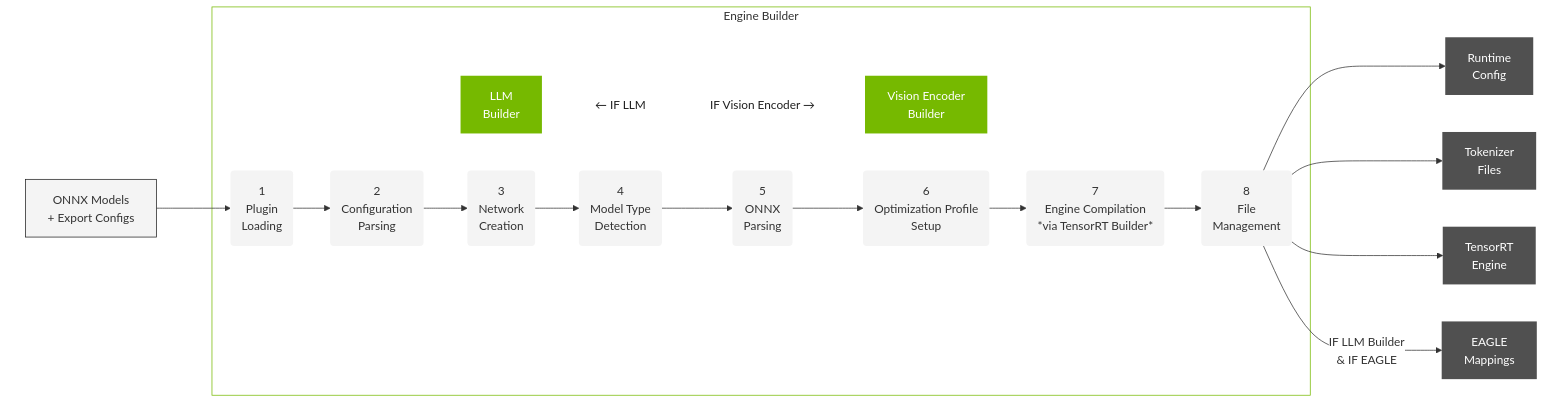
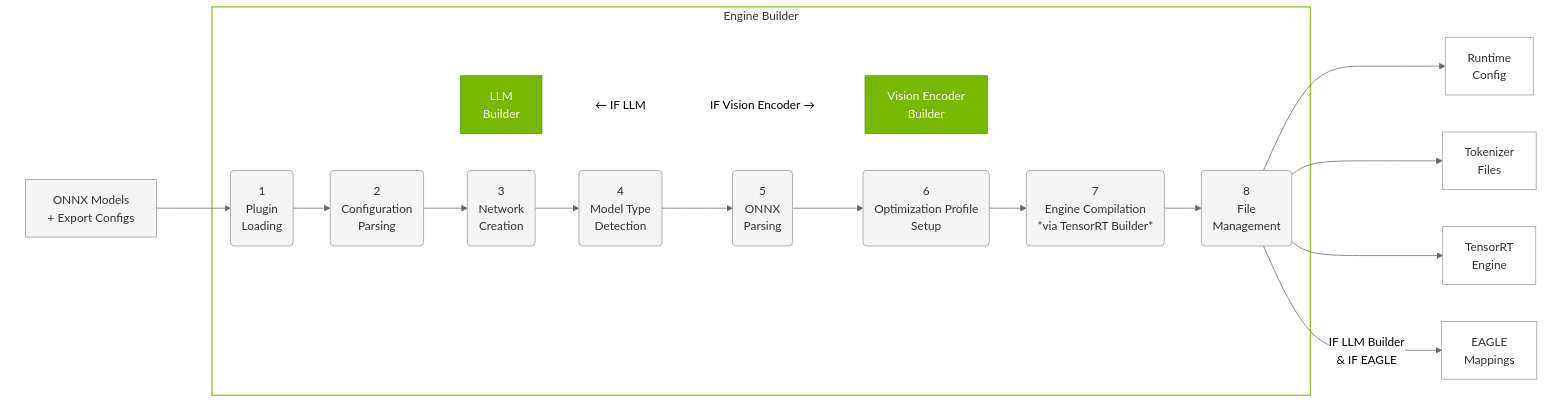
The second of 2 diagrams in docs/source/developer_guide/03.2_Engine_Builder.md (ConstBob/TensorRT-Edge-LLM), drawn with Mermaid before and after one commit. The commit also changed other lines of this file and 20 other files, not shown here.

````diff
--- a/docs/source/developer_guide/03.2_Engine_Builder.md
+++ b/docs/source/developer_guide/03.2_Engine_Builder.md
@@ -89,80 +69,80 @@
 ```mermaid
-%%{init: {'themeVariables': {'edgeLabelBackground': 'white'}}}%%
+%%{init: {'theme':'neutral', 'themeVariables': {'primaryColor':'#76B900','primaryTextColor':'#fff','primaryBorderColor':'#5a8f00','lineColor':'#666','edgeLabelBackground':'#ffffff','labelTextColor':'#000','clusterBkg':'#ffffff','clusterBorder':'#999'}}}%%
 graph LR
     subgraph INPUT_STAGE [" "]
       INPUT_SPACER_LEFT
       ONNX_INPUT[ONNX Models<br>+ Export Configs]
     end
     
     subgraph ENGINE_BUILDER ["Engine Builder"]
         BUILDER_SPACER_1
         BUILDER_SPACER_2
         LLM_BUILDER[LLM<br>Builder]
         TEXT_LLM("← IF LLM")
         TEXT_VISUAL("IF Vision Encoder →")
         VISION_BUILDER[Vision Encoder<br>Builder]
         
         PLUGIN_LOADING( 1 <br>Plugin<br>Loading)
         CONFIG_PARSING( 2 <br>Configuration<br>Parsing)
         NETWORK_CREATION( 3 <br>Network<br>Creation)
         MODEL_TYPE( 4 <br>Model Type<br>Detection)
         ONNX_PARSING( 5 <br>ONNX<br>Parsing)
         PROFILE_SETUP( 6 <br>Optimization Profile<br>Setup)
         ENGINE_COMPILATION( 7 <br>Engine Compilation<br>*via TensorRT Builder*)
         FILE_MANAGEMENT( 8 <br>File<br>Management)
         BUILDER_SPACER_BOTTOM
     end
 
     INPUT_SPACER_LEFT -.-> BUILDER_SPACER_1 -.-> BUILDER_SPACER_2 -.-> LLM_BUILDER -.-> TEXT_LLM -.-> TEXT_VISUAL -.-> VISION_BUILDER
     
     linkStyle 0 stroke:transparent
     linkStyle 1 stroke:transparent  
     linkStyle 2 stroke:transparent
     linkStyle 3 stroke:transparent
     linkStyle 4 stroke:transparent
     linkStyle 5 stroke:transparent
     
     subgraph RESULTS [" "]
         RUNTIME_CONFIG[Runtime<br>Config]
         TOKENIZER_FILES[Tokenizer<br>Files]
         TRT_ENGINE[TensorRT<br>Engine]
         EAGLE_MAPPINGS[EAGLE<br>Mappings]
     end
     
     ONNX_INPUT --> PLUGIN_LOADING
     PLUGIN_LOADING --> CONFIG_PARSING
     CONFIG_PARSING --> NETWORK_CREATION
     NETWORK_CREATION --> MODEL_TYPE
     MODEL_TYPE --> ONNX_PARSING
     ONNX_PARSING --> PROFILE_SETUP
     PROFILE_SETUP --> ENGINE_COMPILATION
     ENGINE_COMPILATION --> FILE_MANAGEMENT
     FILE_MANAGEMENT --> RUNTIME_CONFIG
     FILE_MANAGEMENT --> TOKENIZER_FILES
     FILE_MANAGEMENT --> TRT_ENGINE
     FILE_MANAGEMENT -->|IF LLM Builder<br>& IF EAGLE| EAGLE_MAPPINGS
     
-    classDef greyNode fill:#f4f4f4, stroke-width:0px
-    classDef nvNode fill:#76B900, stroke-width:0px, color:#ffffff
-    classDef darkNode fill:#505050, stroke-width:0px, color:#ffffff
-    classDef inputNode fill:#f4f4f4, stroke: #202020
-    classDef itemNode fill:#f4f4f4, stroke: #A0A0A0
-    classDef greySubGraph fill:#D9D9D9, stroke-width:0px
-    classDef greenSubGraph fill:#ffffff, stroke:#76B900
-    classDef contextBox fill:#ffffff, stroke:transparent
-    classDef invisibleNode fill:transparent, stroke:transparent   
+    classDef greyNode fill:#f5f5f5,stroke:#999,stroke-width:1px,color:#333
+    classDef nvNode fill:#76B900,stroke:#5a8f00,stroke-width:1px,color:#fff
+    classDef darkNode fill:#ffffff,stroke:#999,stroke-width:1px,color:#333
+    classDef inputNode fill:#f5f5f5,stroke:#999,stroke-width:1px,color:#333
+    classDef itemNode fill:#ffffff,stroke:#999,stroke-width:1px,color:#333
+    classDef greySubGraph fill:none,stroke:#bbb,stroke-width:1px
+    classDef greenSubGraph fill:none,stroke:#76B900,stroke-width:1.5px
+    classDef contextBox fill:none,stroke:transparent
+    classDef invisibleNode fill:transparent,stroke:transparent   
 
 
-    classDef invisible fill:transparent, stroke:transparent, color:transparent, font-size:1px
-    classDef invisibleSubGraph fill:transparent, stroke:transparent
-    classDef textOnly fill:transparent, stroke:transparent, color:#202020
+    classDef invisible fill:transparent,stroke:transparent,color:transparent,font-size:1px
+    classDef invisibleSubGraph fill:transparent,stroke:transparent
+    classDef textOnly fill:transparent,stroke:transparent
     
     class VISION_BUILDER,LLM_BUILDER nvNode
     class TEXT_LLM,TEXT_VISUAL textOnly
     class ONNX_INPUT inputNode
     class RUNTIME_CONFIG,TOKENIZER_FILES,TRT_ENGINE,EAGLE_MAPPINGS darkNode
     class PLUGIN_LOADING,CONFIG_PARSING,NETWORK_CREATION,MODEL_TYPE,ONNX_PARSING,PROFILE_SETUP,ENGINE_COMPILATION,FILE_MANAGEMENT greyNode
     class INPUT_SPACER_LEFT,BUILDER_SPACER_1,BUILDER_SPACER_2,BUILDER_SPACER_BOTTOM invisible
     class INPUT_STAGE,RESULTS contextBox
     class ENGINE_BUILDER greenSubGraph
 ```
````
